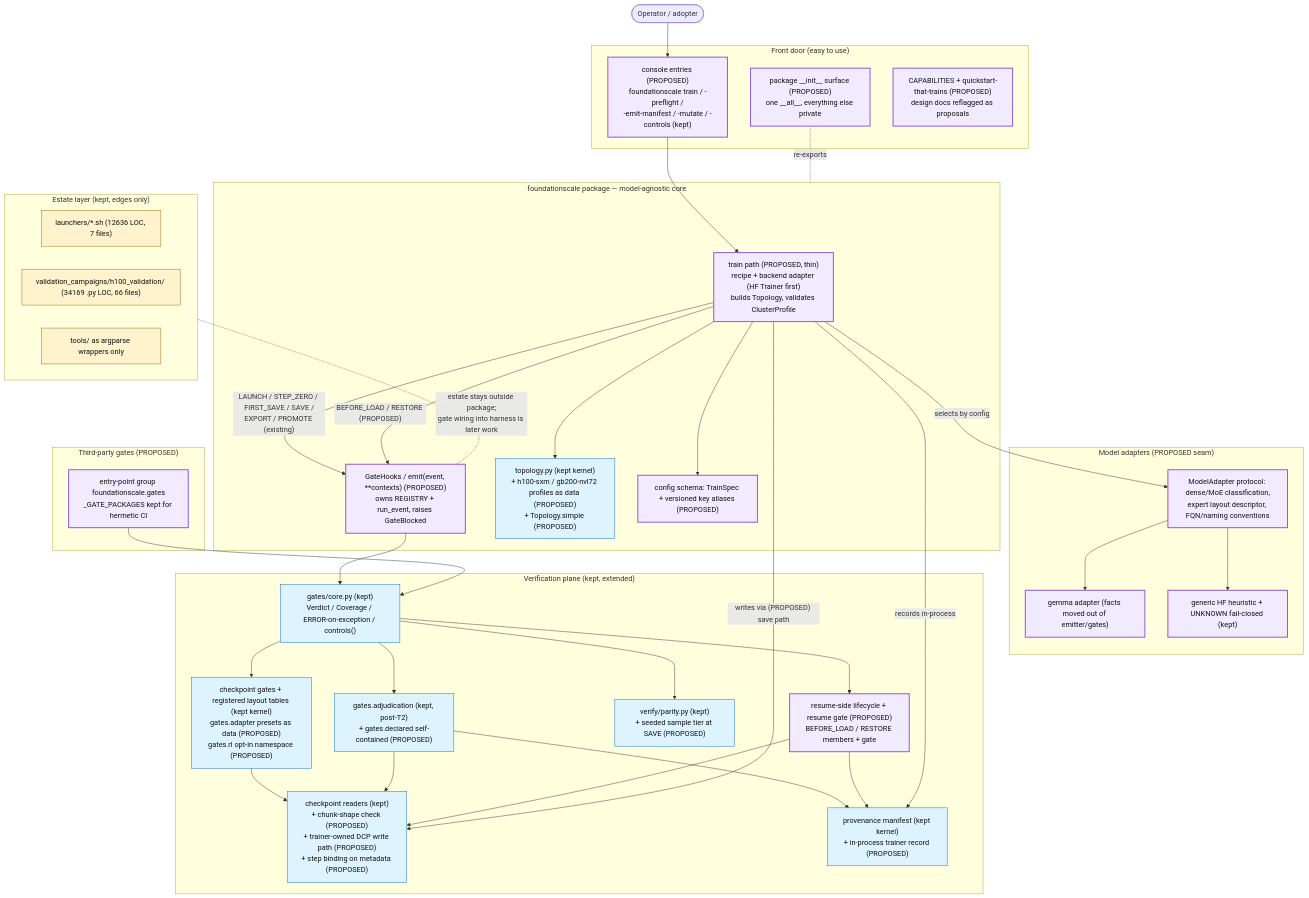
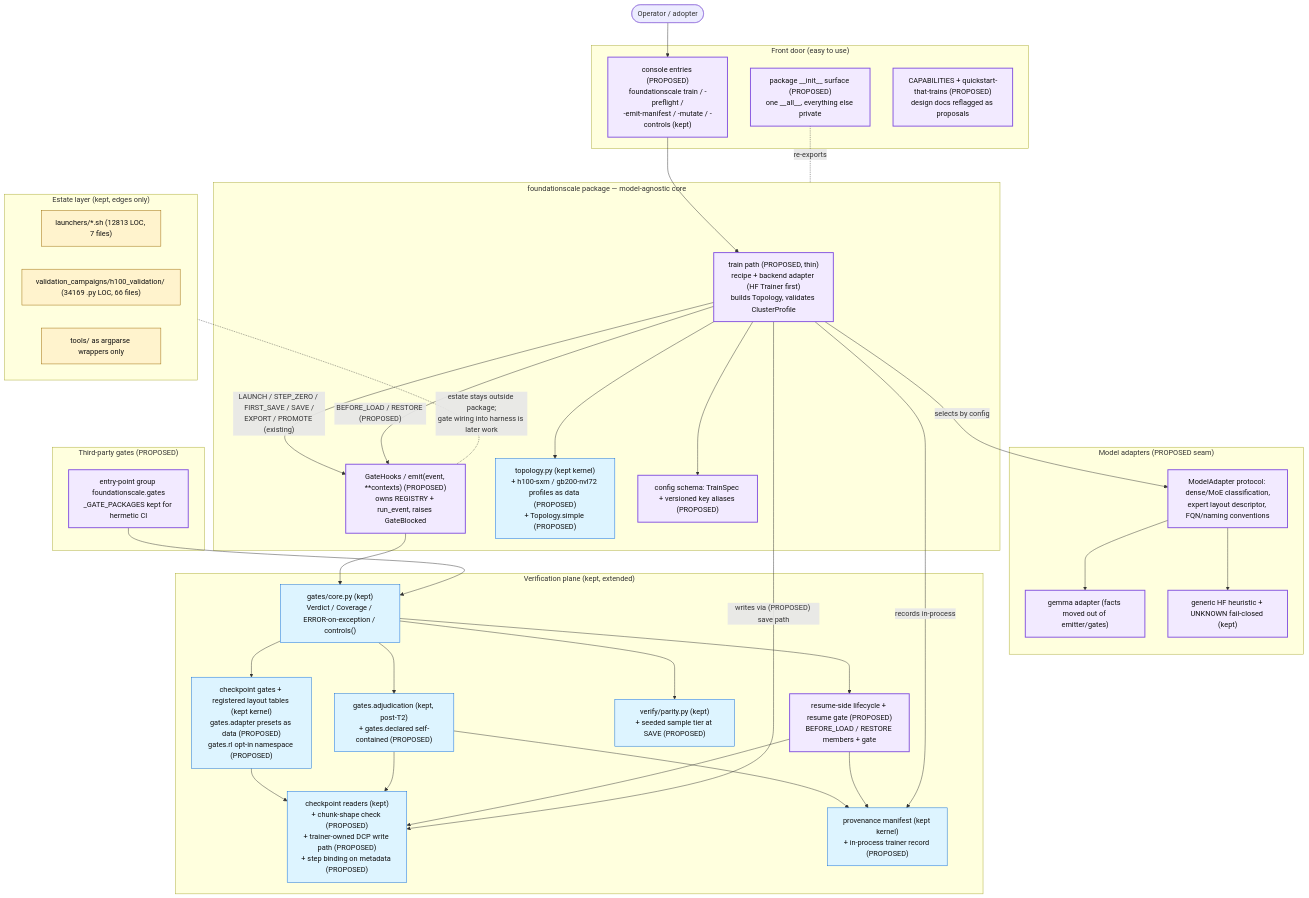
Before and after one commit to TranNhiem/FoundationScale: the diagram in docs/review/D5_proposed_architecture.md, drawn with Mermaid. The commit also changed other lines of this file and 14 other files, not shown here.

````diff
--- a/docs/review/D5_proposed_architecture.md
+++ b/docs/review/D5_proposed_architecture.md
@@ -13,74 +13,74 @@
 ```mermaid
 flowchart TB
   U(["Operator / adopter"])
 
   subgraph FRONT["Front door (easy to use)"]
     CLI["console entries (PROPOSED)<br/>foundationscale train / -preflight /<br/>-emit-manifest / -mutate / -controls (kept)"]
     SURF["package __init__ surface (PROPOSED)<br/>one __all__, everything else private"]
     DOCS["CAPABILITIES + quickstart-that-trains (PROPOSED)<br/>design docs reflagged as proposals"]
   end
 
   subgraph CORE["foundationscale package — model-agnostic core"]
     TRAIN["train path (PROPOSED, thin)<br/>recipe + backend adapter (HF Trainer first)<br/>builds Topology, validates ClusterProfile"]
     HOOKS["GateHooks / emit(event, **contexts) (PROPOSED)<br/>owns REGISTRY + run_event, raises GateBlocked"]
     TOPO["topology.py (kept kernel)<br/>+ h100-sxm / gb200-nvl72 profiles as data (PROPOSED)<br/>+ Topology.simple (PROPOSED)"]
     CONFIG["config schema: TrainSpec + versioned key aliases (PROPOSED)"]
   end
 
   subgraph ADAPT["Model adapters (PROPOSED seam)"]
     MA["ModelAdapter protocol: dense/MoE classification,<br/>expert layout descriptor, FQN/naming conventions"]
     GEM["gemma adapter (facts moved out of emitter/gates)"]
     HF["generic HF heuristic + UNKNOWN fail-closed (kept)"]
   end
 
   subgraph VERIFY["Verification plane (kept, extended)"]
     GCORE["gates/core.py (kept)<br/>Verdict / Coverage / ERROR-on-exception / controls()"]
     GCK["checkpoint gates + registered layout tables (kept kernel)<br/>gates.adapter presets as data (PROPOSED)<br/>gates.rl opt-in namespace (PROPOSED)"]
     ADJ["gates.adjudication (kept, post-T2)<br/>+ gates.declared self-contained (PROPOSED)"]
     PAR["verify/parity.py (kept)<br/>+ seeded sample tier at SAVE (PROPOSED)"]
     CKIO["checkpoint readers (kept)<br/>+ chunk-shape check (PROPOSED)<br/>+ trainer-owned DCP write path (PROPOSED)<br/>+ step binding on metadata (PROPOSED)"]
     PROV["provenance manifest (kept kernel)<br/>+ in-process trainer record (PROPOSED)"]
     RES["resume-side lifecycle + resume gate (PROPOSED)<br/>BEFORE_LOAD / RESTORE members + gate"]
   end
 
   subgraph PLUG["Third-party gates (PROPOSED)"]
     EP["entry-point group foundationscale.gates<br/>_GATE_PACKAGES kept for hermetic CI"]
   end
 
   subgraph ESTATE["Estate layer (kept, edges only)"]
-    LAU["launchers/*.sh (12636 LOC, 7 files)"]
+    LAU["launchers/*.sh (12813 LOC, 7 files)"]
     H100["validation_campaigns/h100_validation/ (34169 .py LOC, 66 files)"]
     WRAP["tools/ as argparse wrappers only"]
   end
 
   U --> CLI --> TRAIN
   SURF -. re-exports .- CORE
   TRAIN --> TOPO
   TRAIN --> CONFIG
   TRAIN -- "selects by config" --> MA
   MA --> GEM
   MA --> HF
   TRAIN -- "LAUNCH / STEP_ZERO / FIRST_SAVE / SAVE /<br/>EXPORT / PROMOTE (existing)" --> HOOKS
   TRAIN -- "BEFORE_LOAD / RESTORE (PROPOSED)" --> HOOKS
   HOOKS --> GCORE
   EP --> GCORE
   GCORE --> GCK
   GCORE --> ADJ
   GCORE --> PAR
   GCORE --> RES
   GCK --> CKIO
   ADJ --> CKIO
   ADJ --> PROV
   RES --> CKIO
   RES --> PROV
   TRAIN -- "writes via (PROPOSED) save path" --> CKIO
   TRAIN -- "records in-process" --> PROV
   ESTATE -. "estate stays outside package;<br/>gate wiring into harness is later work" .- HOOKS
 
   classDef new fill:#f2eaff,stroke:#8250df,stroke-width:2px,color:#111;
   classDef kept fill:#ddf4ff,stroke:#0969da,color:#111;
   classDef estate fill:#fff3cd,stroke:#9a6700,color:#111;
   class TRAIN,HOOKS,CLI,SURF,DOCS,MA,GEM,HF,RES,EP,CONFIG new;
   class GCORE,GCK,ADJ,PAR,CKIO,PROV,TOPO kept;
   class LAU,H100,WRAP estate;
 ```
````
